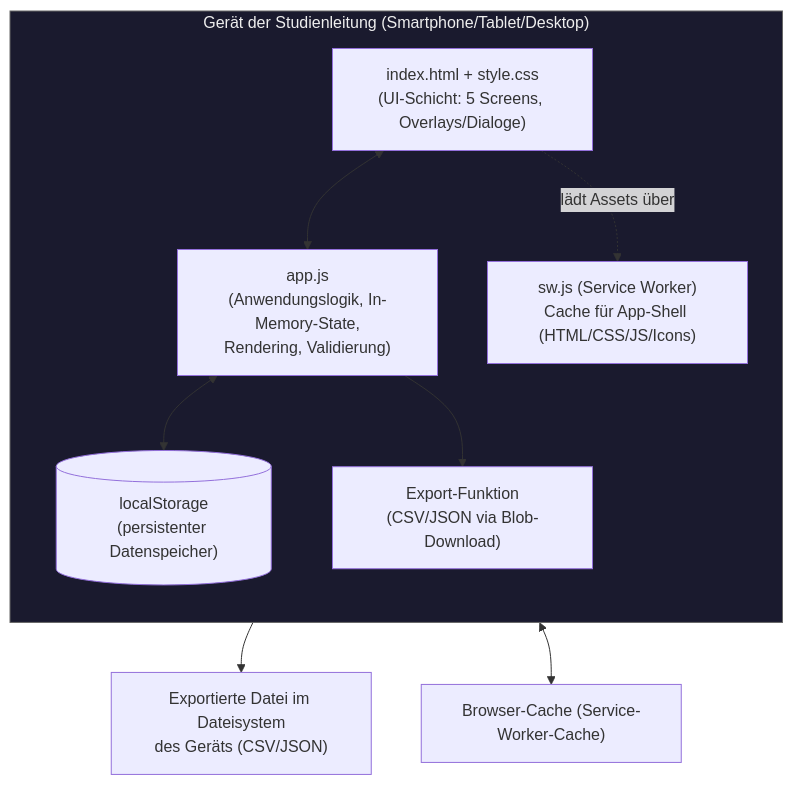
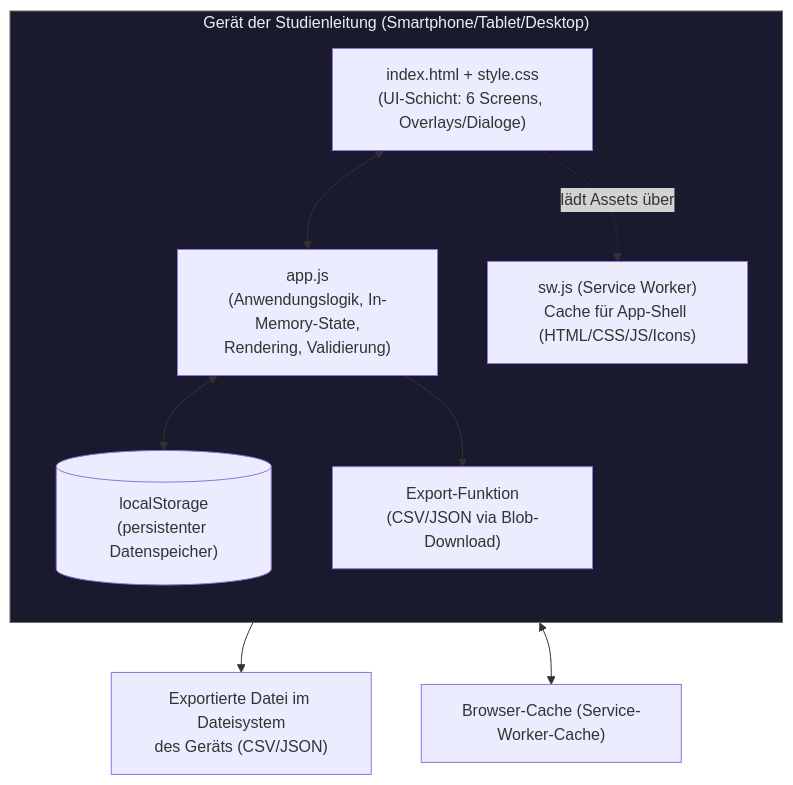
One commit to MStem911/StudyLog-V2 changed the diagram in docs/OVERVIEW.md. Above: the diagram before and after it, drawn with Mermaid. The commit also changed other lines of this file and 7 other files, not shown here.

````diff
--- a/docs/OVERVIEW.md
+++ b/docs/OVERVIEW.md
@@ -58,21 +58,21 @@
 ```mermaid
 flowchart TB
     subgraph Device["Gerät der Studienleitung (Smartphone/Tablet/Desktop)"]
         direction TB
-        UI["index.html + style.css<br/>(UI-Schicht: 5 Screens, Overlays/Dialoge)"]
+        UI["index.html + style.css<br/>(UI-Schicht: 6 Screens, Overlays/Dialoge)"]
         Logic["app.js<br/>(Anwendungslogik, In-Memory-State,<br/>Rendering, Validierung)"]
         LS[("localStorage<br/>(persistenter Datenspeicher)")]
         SW["sw.js (Service Worker)<br/>Cache für App-Shell (HTML/CSS/JS/Icons)"]
         Export["Export-Funktion<br/>(CSV/JSON via Blob-Download)"]
     end
     Browser["Browser-Cache (Service-Worker-Cache)"]
     File["Exportierte Datei im Dateisystem<br/>des Geräts (CSV/JSON)"]
 
     UI <--> Logic
     Logic <--> LS
     Logic --> Export --> File
     SW <--> Browser
     UI -. lädt Assets über .-> SW
 
     style Device fill:#1a1a2e,stroke:#666,color:#eee
 ```
````
